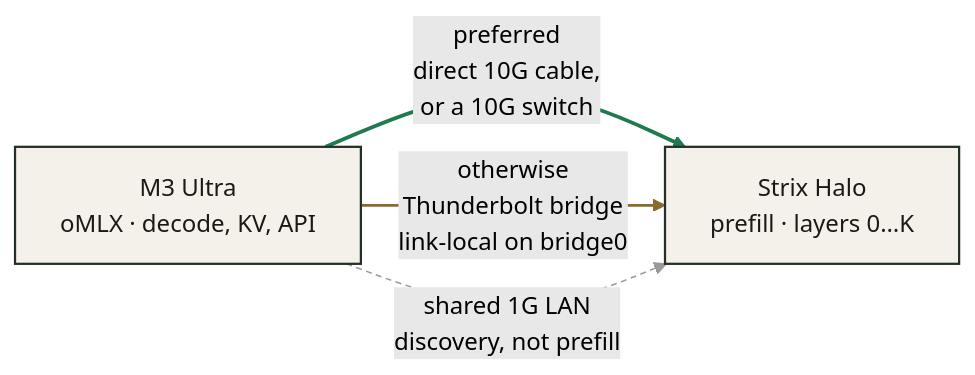
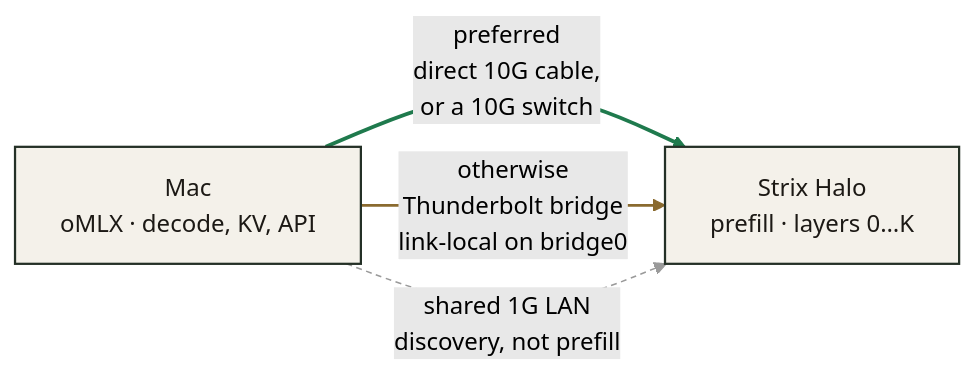
One commit to audiohacking/omlx-strix-helper changed the diagram in DEMO.md. Above: the diagram before and after it, drawn with Mermaid (forest theme). The commit also changed other lines of this file and 1 other file, not shown here.

````diff
--- a/DEMO.md
+++ b/DEMO.md
@@ -16,15 +14,15 @@
 ```mermaid
 flowchart LR
-  Mac["M3 Ultra\noMLX · decode, KV, API"]
+  Mac["Mac\noMLX · decode, KV, API"]
   Halo["Strix Halo\nprefill · layers 0…K"]
 
   Mac -->|"preferred\ndirect 10G cable,\nor a 10G switch"| Halo
   Mac -->|"otherwise\nThunderbolt bridge\nlink-local on bridge0"| Halo
   Mac -.->|"shared 1G LAN\ndiscovery, not prefill"| Halo
 
   class Mac,Halo machine
   classDef machine fill:#f4f1ea,stroke:#243026,color:#1c1915,stroke-width:1.5px
   linkStyle 0 stroke:#1f7a4d,stroke-width:2.5px
   linkStyle 1 stroke:#8a6a2f,stroke-width:1.75px
   linkStyle 2 stroke:#9a9a9a,stroke-dasharray:4 3
 ```
````
